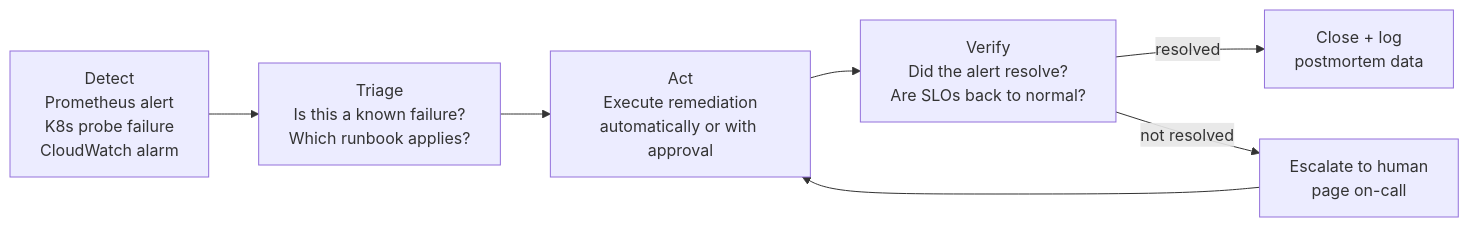
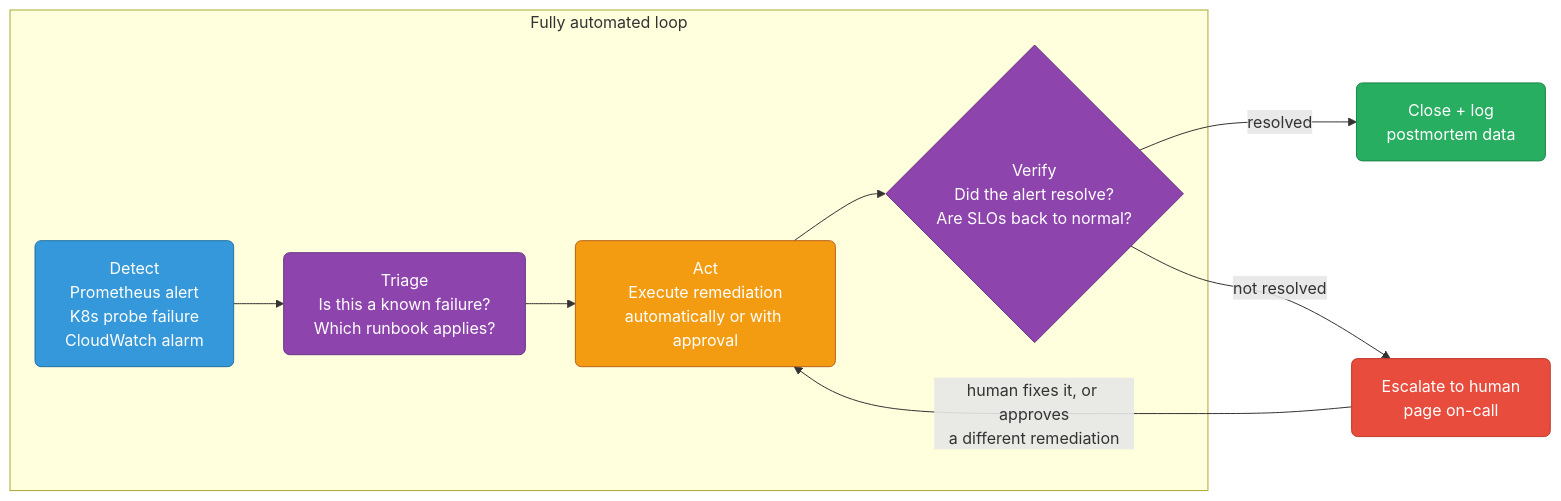
Before and after one commit to deepanshu-rawat6/DevOpsIndex: the first of 3 diagrams in sre/self-healing-aiops.md, drawn with Mermaid. The commit also changed other lines of this file and 10 other files, not shown here.

````diff
--- a/sre/self-healing-aiops.md
+++ b/sre/self-healing-aiops.md
@@ -9,9 +14,17 @@
 ```mermaid
 graph LR
-    DETECT["Detect<br>Prometheus alert<br>K8s probe failure<br>CloudWatch alarm"] --> TRIAGE["Triage<br>Is this a known failure?<br>Which runbook applies?"]
-    TRIAGE --> ACT["Act<br>Execute remediation<br>automatically or with approval"]
-    ACT --> VERIFY["Verify<br>Did the alert resolve?<br>Are SLOs back to normal?"]
-    VERIFY -->|resolved| CLOSE["Close + log<br>postmortem data"]
-    VERIFY -->|not resolved| ESCALATE["Escalate to human<br>page on-call"]
-    ESCALATE --> ACT
+    classDef detect fill:#3498db,stroke:#2471a3,color:#fff,rx:6
+    classDef decide fill:#8e44ad,stroke:#6c3483,color:#fff,rx:6
+    classDef act fill:#f39c12,stroke:#ba6018,color:#fff,rx:6
+    classDef good fill:#27ae60,stroke:#1e8449,color:#fff,rx:6
+    classDef bad fill:#e74c3c,stroke:#c0392b,color:#fff,rx:6
+
+    subgraph AUTOMATED["Fully automated loop"]
+        DETECT["Detect<br/>Prometheus alert<br/>K8s probe failure<br/>CloudWatch alarm"]:::detect --> TRIAGE["Triage<br/>Is this a known failure?<br/>Which runbook applies?"]:::decide
+        TRIAGE --> ACT["Act<br/>Execute remediation<br/>automatically or with approval"]:::act
+        ACT --> VERIFY{"Verify<br/>Did the alert resolve?<br/>Are SLOs back to normal?"}:::decide
+    end
+    VERIFY -->|resolved| CLOSE["Close + log<br/>postmortem data"]:::good
+    VERIFY -->|not resolved| ESCALATE["Escalate to human<br/>page on-call"]:::bad
+    ESCALATE -->|"human fixes it, or approves<br/>a different remediation"| ACT
 ```
````
